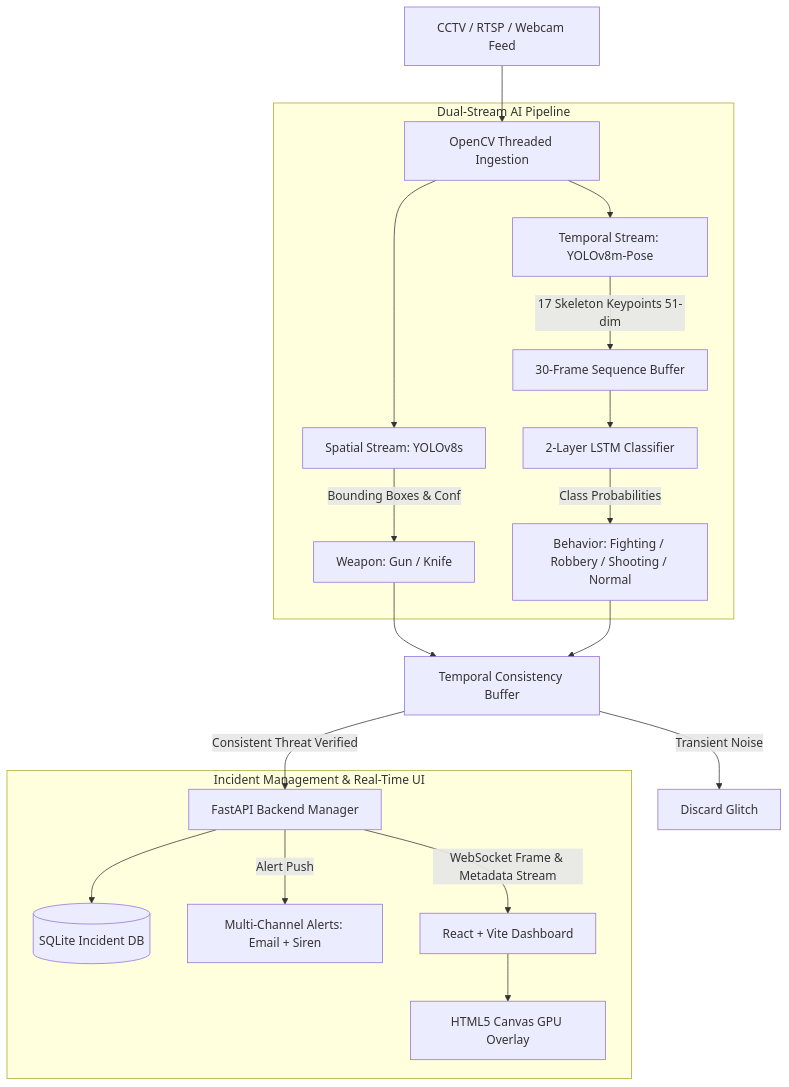
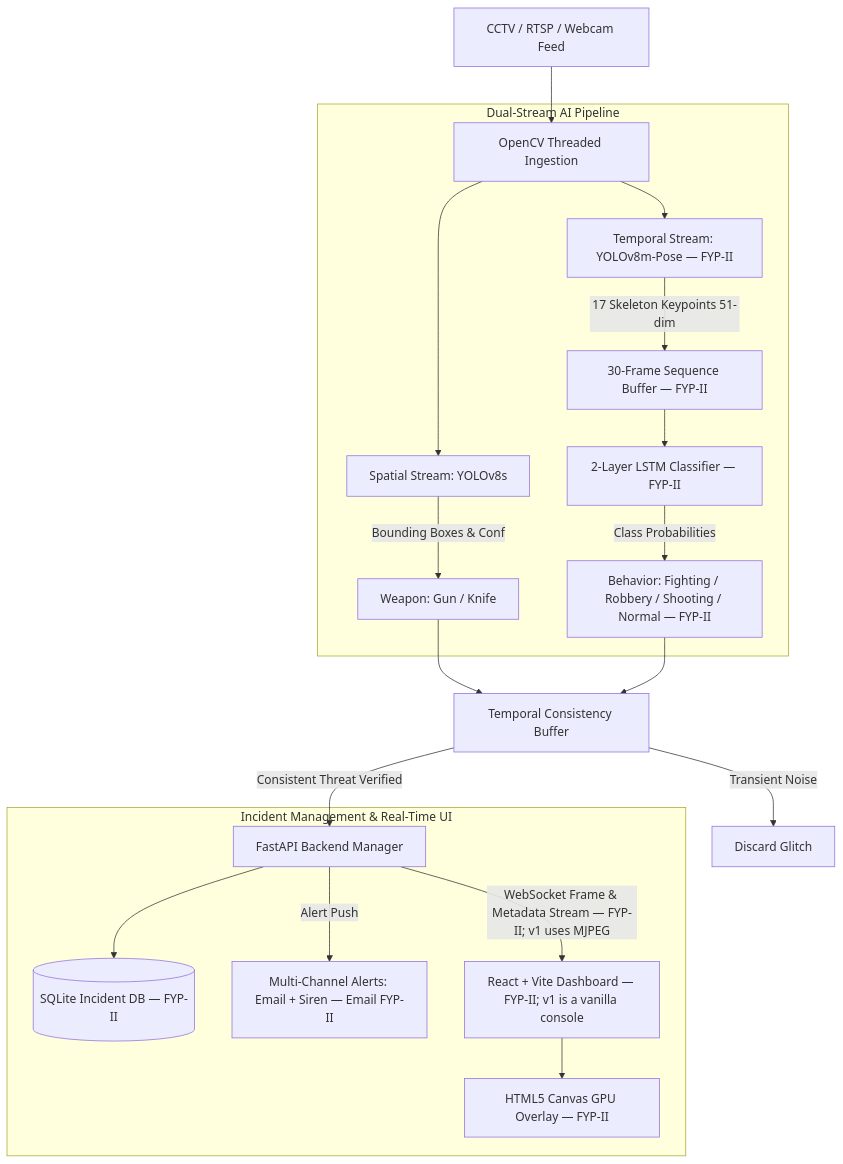
One commit to muddassir1935/FYP changed the diagram in README.md. Above: the diagram before and after it, drawn with Mermaid. The commit also changed other lines of this file and 32 other files, not shown here.

````diff
--- a/README.md
+++ b/README.md
@@ -26,27 +31,27 @@
 ```mermaid
 flowchart TD
     A[CCTV / RTSP / Webcam Feed] --> B[OpenCV Threaded Ingestion]
     
     subgraph DualStream [Dual-Stream AI Pipeline]
         B --> C[Spatial Stream: YOLOv8s]
-        B --> D[Temporal Stream: YOLOv8m-Pose]
+        B --> D[Temporal Stream: YOLOv8m-Pose — FYP-II]
         
         C -->|Bounding Boxes & Conf| E[Weapon: Gun / Knife]
-        D -->|17 Skeleton Keypoints 51-dim| F[30-Frame Sequence Buffer]
-        F --> G[2-Layer LSTM Classifier]
-        G -->|Class Probabilities| H[Behavior: Fighting / Robbery / Shooting / Normal]
+        D -->|17 Skeleton Keypoints 51-dim| F[30-Frame Sequence Buffer — FYP-II]
+        F --> G[2-Layer LSTM Classifier — FYP-II]
+        G -->|Class Probabilities| H[Behavior: Fighting / Robbery / Shooting / Normal — FYP-II]
     end
     
     E --> I[Temporal Consistency Buffer]
     H --> I
     
     I -->|Consistent Threat Verified| J[FastAPI Backend Manager]
     I -->|Transient Noise| K[Discard Glitch]
     
     subgraph OutputDelivery [Incident Management & Real-Time UI]
-        J --> L[(SQLite Incident DB)]
-        J -->|Alert Push| M[Multi-Channel Alerts: Email + Siren]
-        J -->|WebSocket Frame & Metadata Stream| N[React + Vite Dashboard]
-        N --> O[HTML5 Canvas GPU Overlay]
+        J --> L[(SQLite Incident DB — FYP-II)]
+        J -->|Alert Push| M[Multi-Channel Alerts: Email + Siren — Email FYP-II]
+        J -->|WebSocket Frame & Metadata Stream — FYP-II; v1 uses MJPEG| N[React + Vite Dashboard — FYP-II; v1 is a vanilla console]
+        N --> O[HTML5 Canvas GPU Overlay — FYP-II]
     end
 ```
````
